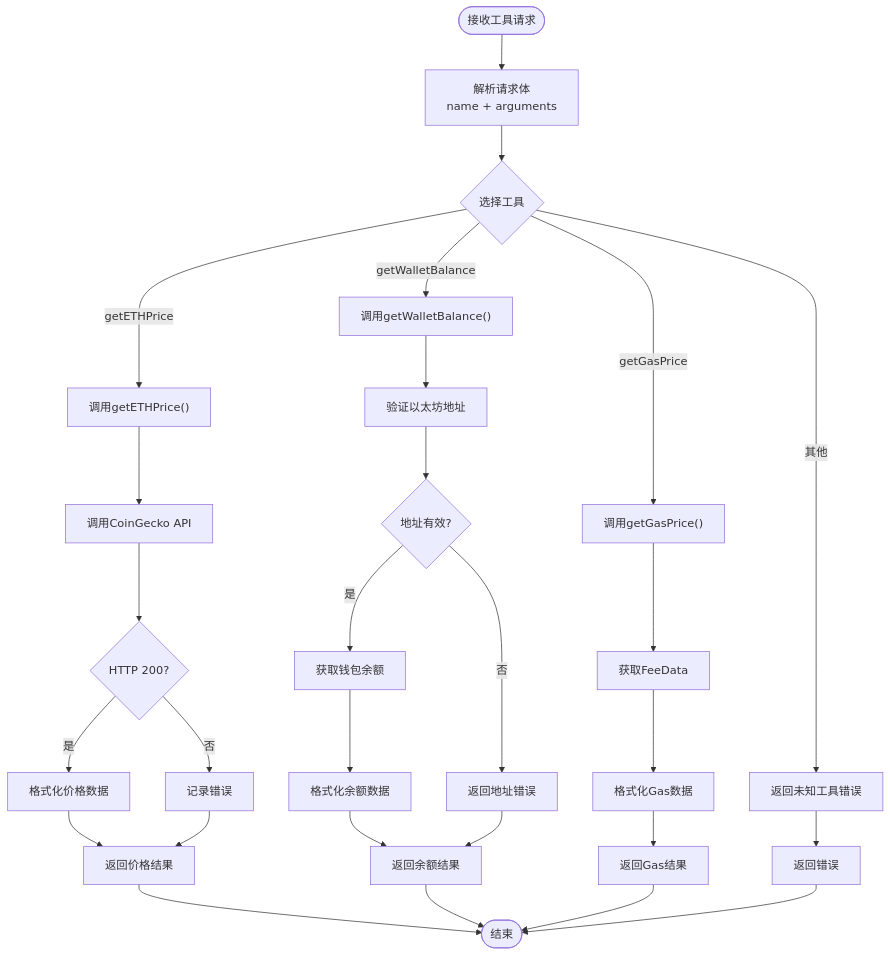
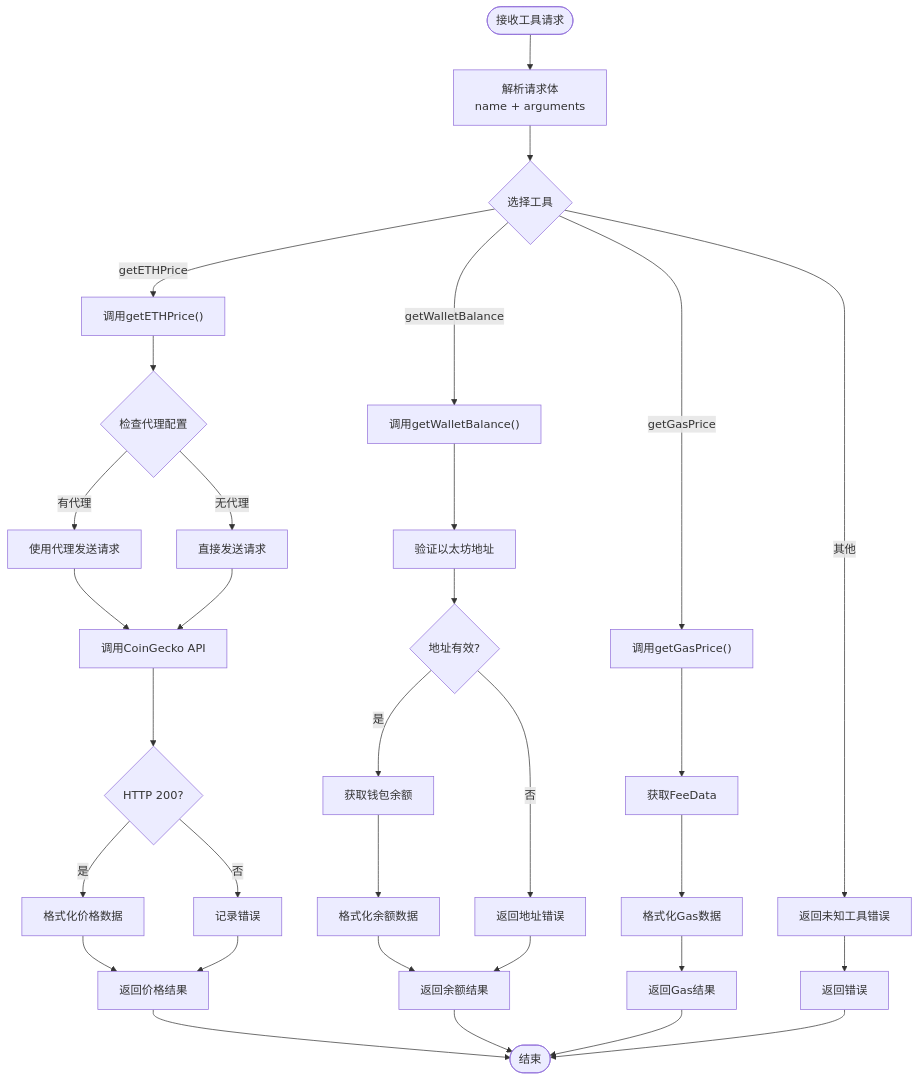
The sixth of 10 diagrams in .qoder/repowiki/zh/content/项目概述/整体架构概览/AI提供程序集成.md (CryptoLinxu/Web3-AI-Agent), drawn with Mermaid before and after one commit. The commit also changed other lines of this file and 6 other files, not shown here.

````diff
--- a/.qoder/repowiki/zh/content/项目概述/整体架构概览/AI提供程序集成.md
+++ b/.qoder/repowiki/zh/content/项目概述/整体架构概览/AI提供程序集成.md
@@ -304,30 +323,34 @@
 ```mermaid
 flowchart TD
 Start([接收工具请求]) --> ParseBody["解析请求体<br/>name + arguments"]
 ParseBody --> SwitchTool{"选择工具"}
 SwitchTool --> |getETHPrice| CallPrice["调用getETHPrice()"]
 SwitchTool --> |getWalletBalance| CallBalance["调用getWalletBalance()"]
 SwitchTool --> |getGasPrice| CallGas["调用getGasPrice()"]
 SwitchTool --> |其他| UnknownTool["返回未知工具错误"]
-CallPrice --> FetchPrice["调用CoinGecko API"]
+CallPrice --> CheckProxy{"检查代理配置"}
+CheckProxy --> |有代理| UseProxy["使用代理发送请求"]
+CheckProxy --> |无代理| DirectRequest["直接发送请求"]
+UseProxy --> FetchPrice["调用CoinGecko API"]
+DirectRequest --> FetchPrice
 FetchPrice --> PriceOK{"HTTP 200?"}
 PriceOK --> |是| FormatPrice["格式化价格数据"]
 PriceOK --> |否| PriceError["记录错误"]
 FormatPrice --> ReturnPrice["返回价格结果"]
 PriceError --> ReturnPrice
 CallBalance --> ValidateAddress["验证以太坊地址"]
 ValidateAddress --> AddressValid{"地址有效?"}
 AddressValid --> |否| BadAddress["返回地址错误"]
 AddressValid --> |是| GetBalance["获取钱包余额"]
 GetBalance --> FormatBalance["格式化余额数据"]
 FormatBalance --> ReturnBalance["返回余额结果"]
 BadAddress --> ReturnBalance
 CallGas --> GetFeeData["获取FeeData"]
 GetFeeData --> FormatGas["格式化Gas数据"]
 FormatGas --> ReturnGas["返回Gas结果"]
 UnknownTool --> ReturnError["返回错误"]
 ReturnPrice --> End([结束])
 ReturnBalance --> End
 ReturnGas --> End
 ReturnError --> End
 ```
````
